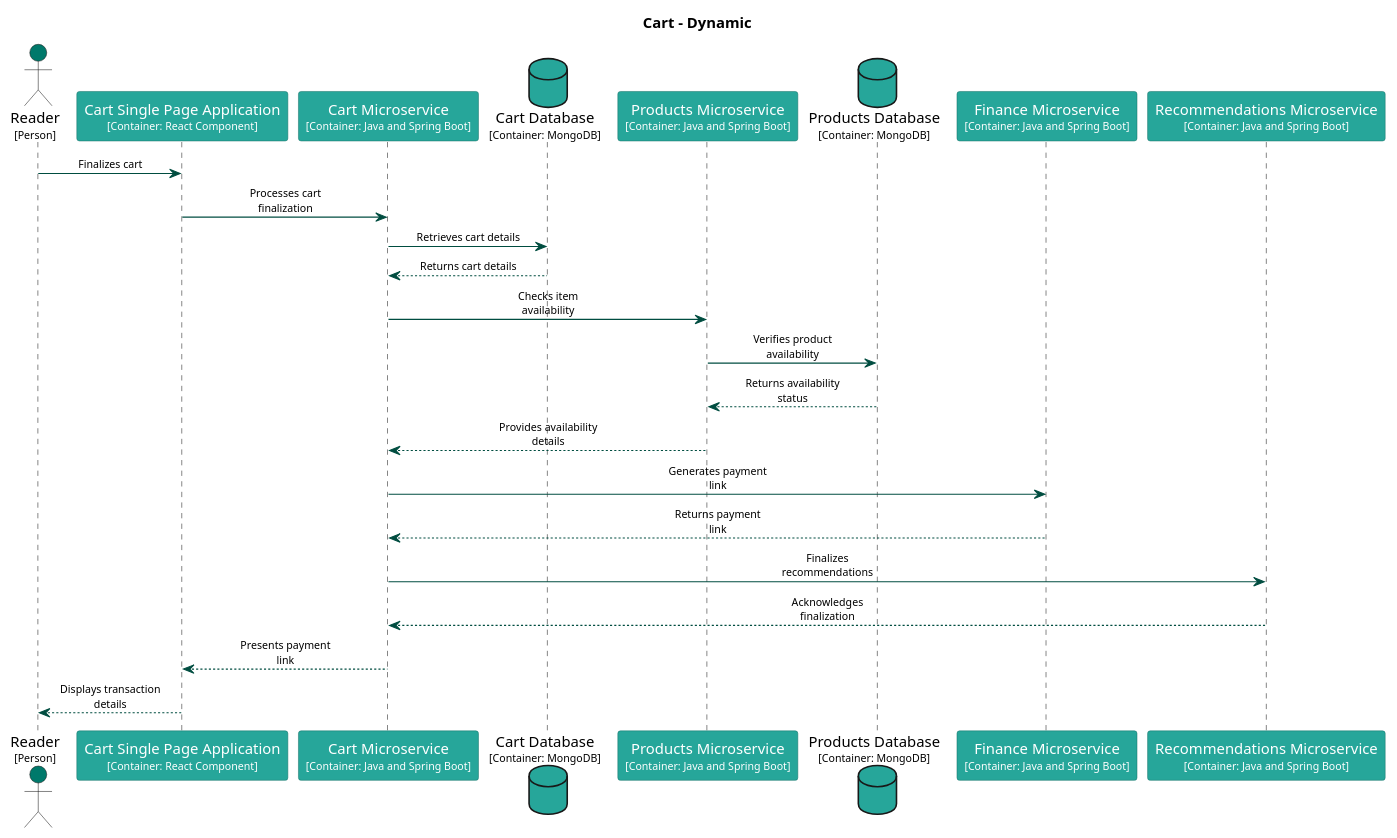
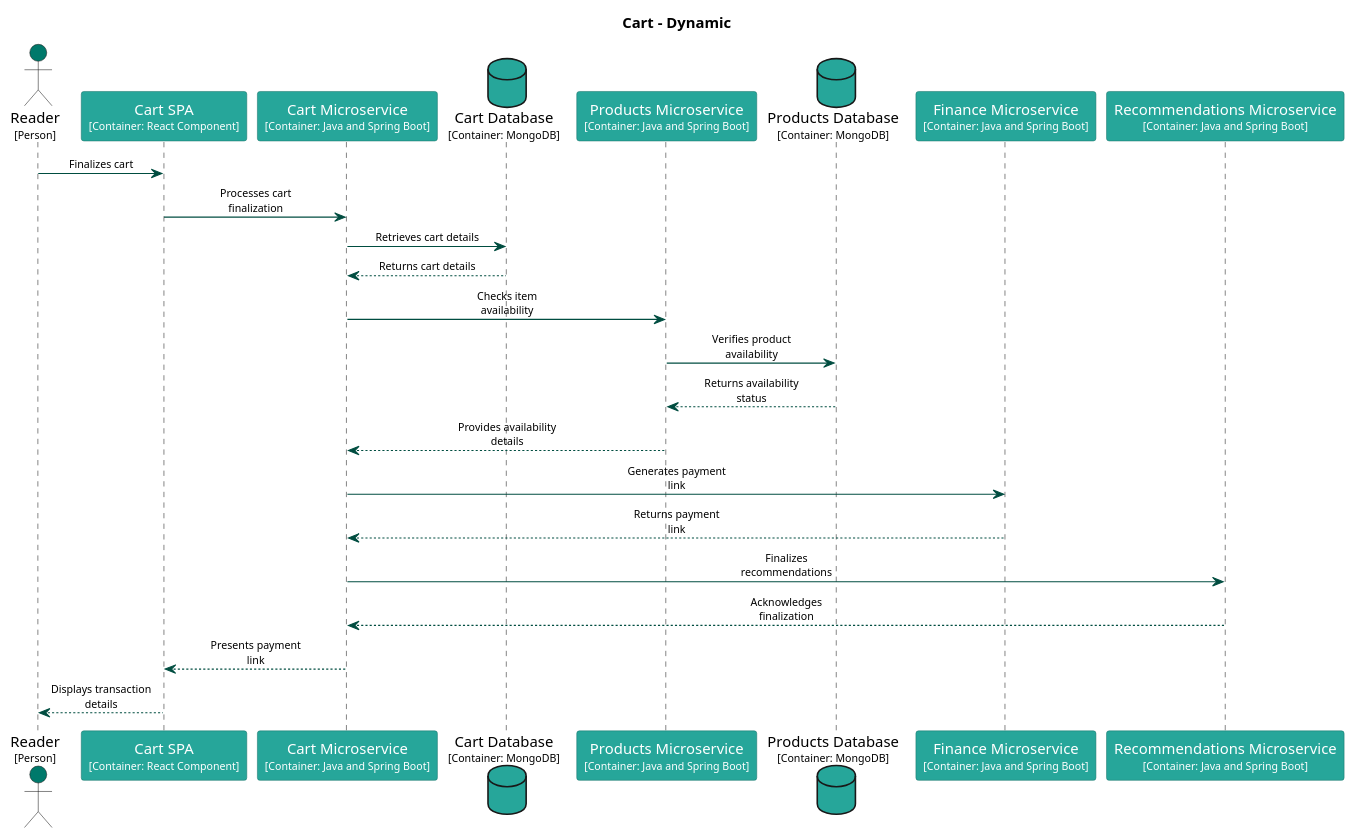
One commit to Goodmorning918/E-Library-Architecture changed the diagram in main/puml/finalize-cart.puml. Above: the diagram before and after it, drawn with PlantUML. The commit also changed 147 other files, not shown here.

Commit message:
Deploying to gh-pages from @ Goodmorning918/E-Library-Architecture@44f7933ce3b599391c9f964d6f6a5102fbb01043 🚀

```diff
--- a/main/puml/finalize-cart.puml
+++ b/main/puml/finalize-cart.puml
@@ -1,85 +1,85 @@
 @startuml
 set separator none
 title Cart - Dynamic
 
 skinparam {
   arrowFontSize 10
   defaultTextAlignment center
   wrapWidth 200
   maxMessageSize 100
 }
 
 hide stereotype
 
 skinparam sequenceParticipant<<Cart.CartDatabase>> {
   BackgroundColor #26a69a
   FontColor #ffffff
   BorderColor #1a746b
   shadowing false
 }
 skinparam sequenceParticipant<<Cart.CartMicroservice>> {
   BackgroundColor #26a69a
   FontColor #ffffff
   BorderColor #1a746b
   shadowing false
 }
-skinparam sequenceParticipant<<Cart.CartSinglePageApplication>> {
+skinparam sequenceParticipant<<Cart.CartSPA>> {
   BackgroundColor #26a69a
   FontColor #ffffff
   BorderColor #1a746b
   shadowing false
 }
 skinparam sequenceParticipant<<Finance.FinanceMicroservice>> {
   BackgroundColor #26a69a
   FontColor #ffffff
   BorderColor #1a746b
   shadowing false
 }
 skinparam sequenceParticipant<<Products.ProductsDatabase>> {
   BackgroundColor #26a69a
   FontColor #ffffff
   BorderColor #1a746b
   shadowing false
 }
 skinparam sequenceParticipant<<Products.ProductsMicroservice>> {
   BackgroundColor #26a69a
   FontColor #ffffff
   BorderColor #1a746b
   shadowing false
 }
 skinparam sequenceParticipant<<Reader>> {
   BackgroundColor #00796b
   FontColor #ffffff
   BorderColor #00544a
   shadowing false
 }
 skinparam sequenceParticipant<<Recommendations.RecommendationsMicroservice>> {
   BackgroundColor #26a69a
   FontColor #ffffff
   BorderColor #1a746b
   shadowing false
 }
 
 actor "Reader\n<size:10>[Person]</size>" as Reader <<Reader>> #00796b
-participant "Cart Single Page Application\n<size:10>[Container: React Component]</size>" as Cart.CartSinglePageApplication <<Cart.CartSinglePageApplication>> #26a69a
+participant "Cart SPA\n<size:10>[Container: React Component]</size>" as Cart.CartSPA <<Cart.CartSPA>> #26a69a
 participant "Cart Microservice\n<size:10>[Container: Java and Spring Boot]</size>" as Cart.CartMicroservice <<Cart.CartMicroservice>> #26a69a
 database "Cart Database\n<size:10>[Container: MongoDB]</size>" as Cart.CartDatabase <<Cart.CartDatabase>> #26a69a
 participant "Products Microservice\n<size:10>[Container: Java and Spring Boot]</size>" as Products.ProductsMicroservice <<Products.ProductsMicroservice>> #26a69a
 database "Products Database\n<size:10>[Container: MongoDB]</size>" as Products.ProductsDatabase <<Products.ProductsDatabase>> #26a69a
 participant "Finance Microservice\n<size:10>[Container: Java and Spring Boot]</size>" as Finance.FinanceMicroservice <<Finance.FinanceMicroservice>> #26a69a
 participant "Recommendations Microservice\n<size:10>[Container: Java and Spring Boot]</size>" as Recommendations.RecommendationsMicroservice <<Recommendations.RecommendationsMicroservice>> #26a69a
-Reader -[#004d40]> Cart.CartSinglePageApplication : Finalizes cart
-Cart.CartSinglePageApplication -[#004d40]> Cart.CartMicroservice : Processes cart finalization
+Reader -[#004d40]> Cart.CartSPA : Finalizes cart
+Cart.CartSPA -[#004d40]> Cart.CartMicroservice : Processes cart finalization
 Cart.CartMicroservice -[#004d40]> Cart.CartDatabase : Retrieves cart details
 Cart.CartMicroservice <-[#004d40]- Cart.CartDatabase : Returns cart details
 Cart.CartMicroservice -[#004d40]> Products.ProductsMicroservice : Checks item availability
 Products.ProductsMicroservice -[#004d40]> Products.ProductsDatabase : Verifies product availability
 Products.ProductsMicroservice <-[#004d40]- Products.ProductsDatabase : Returns availability status
 Cart.CartMicroservice <-[#004d40]- Products.ProductsMicroservice : Provides availability details
 Cart.CartMicroservice -[#004d40]> Finance.FinanceMicroservice : Generates payment link
 Cart.CartMicroservice <-[#004d40]- Finance.FinanceMicroservice : Returns payment link
 Cart.CartMicroservice -[#004d40]> Recommendations.RecommendationsMicroservice : Finalizes recommendations
 Cart.CartMicroservice <-[#004d40]- Recommendations.RecommendationsMicroservice : Acknowledges finalization
-Cart.CartSinglePageApplication <-[#004d40]- Cart.CartMicroservice : Presents payment link
-Reader <-[#004d40]- Cart.CartSinglePageApplication : Displays transaction details
+Cart.CartSPA <-[#004d40]- Cart.CartMicroservice : Presents payment link
+Reader <-[#004d40]- Cart.CartSPA : Displays transaction details
 @enduml
```
